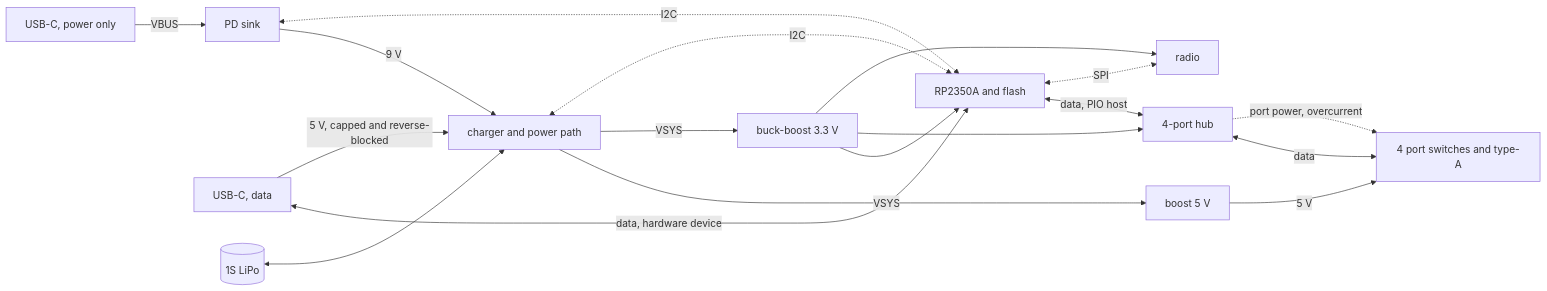
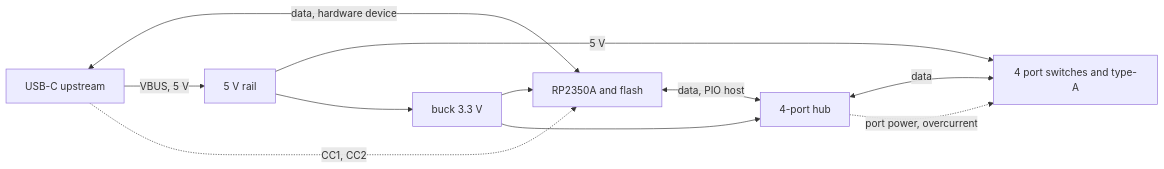
One commit to lightsource-nz/crossfire_mk5 changed the diagram in pcb/README.md. Above: the diagram before and after it, drawn with Mermaid. The commit also changed other lines of this file and 8 other files, not shown here.

````diff
--- a/pcb/README.md
+++ b/pcb/README.md
@@ -147,20 +173,13 @@
 ```mermaid
 graph LR
-  CP[USB-C, power only] -->|VBUS| PD[PD sink]
-  CD[USB-C, data] <-->|data, hardware device| MCU
-  CD -->|5 V, capped and reverse-blocked| CHG
-  PD -->|9 V| CHG[charger and power path]
-  BAT[(1S LiPo)] <--> CHG
-  CHG -->|VSYS| B5[boost 5 V]
-  CHG -->|VSYS| B33[buck-boost 3.3 V]
+  C[USB-C upstream] <-->|data, hardware device| MCU
+  C -->|VBUS, 5 V| R5[5 V rail]
+  C -.->|CC1, CC2| MCU
+  R5 -->|5 V| P[4 port switches and type-A]
+  R5 --> B33[buck 3.3 V]
   B33 --> MCU[RP2350A and flash]
   B33 --> HUB[4-port hub]
-  B33 --> RF[radio]
   MCU <-->|data, PIO host| HUB
-  HUB <-->|data| P[4 port switches and type-A]
-  B5 -->|5 V| P
+  HUB <-->|data| P
   HUB -.->|port power, overcurrent| P
-  MCU <-.->|I2C| PD
-  MCU <-.->|I2C| CHG
-  MCU <-.->|SPI| RF
 ```
````
